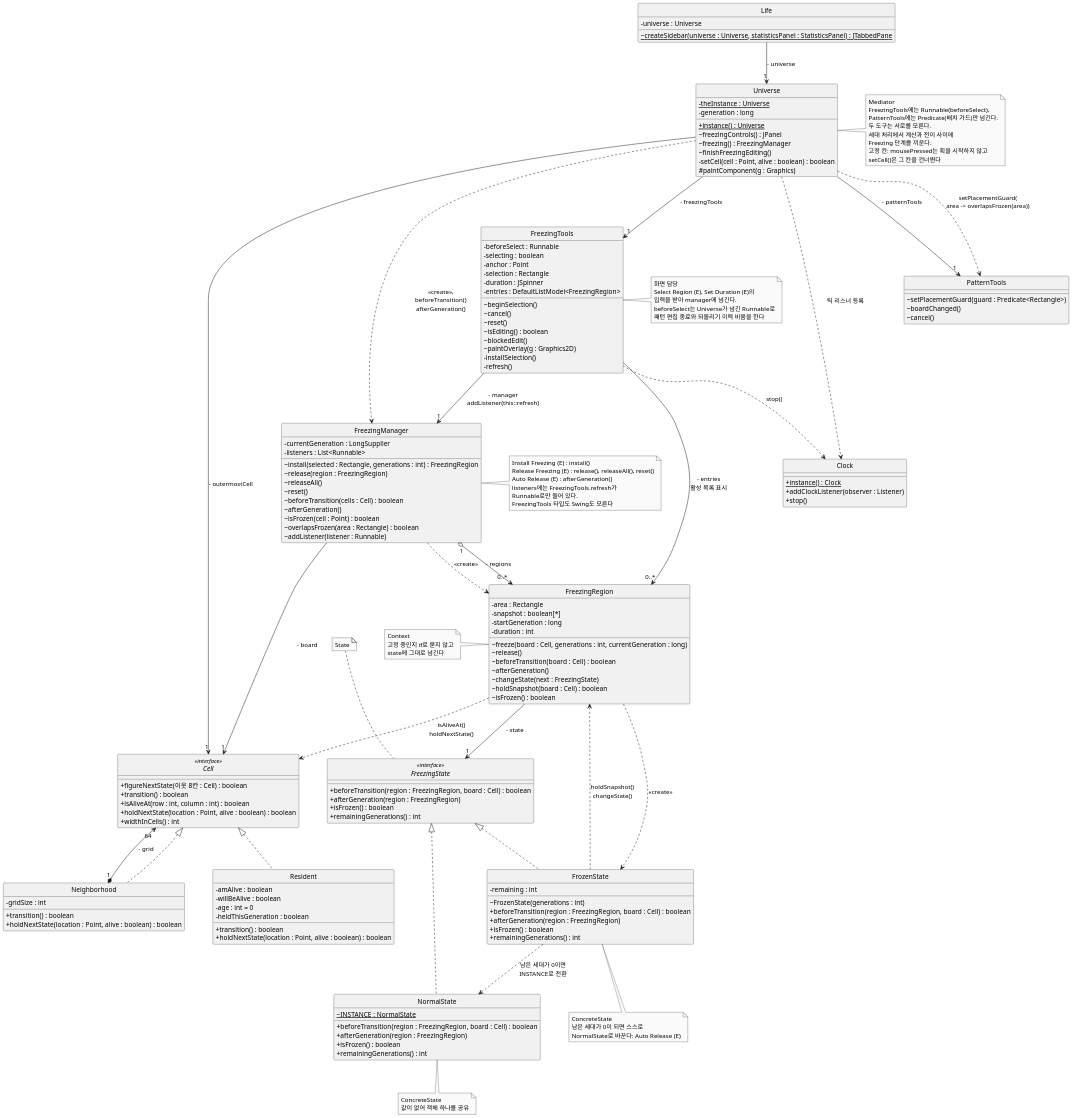
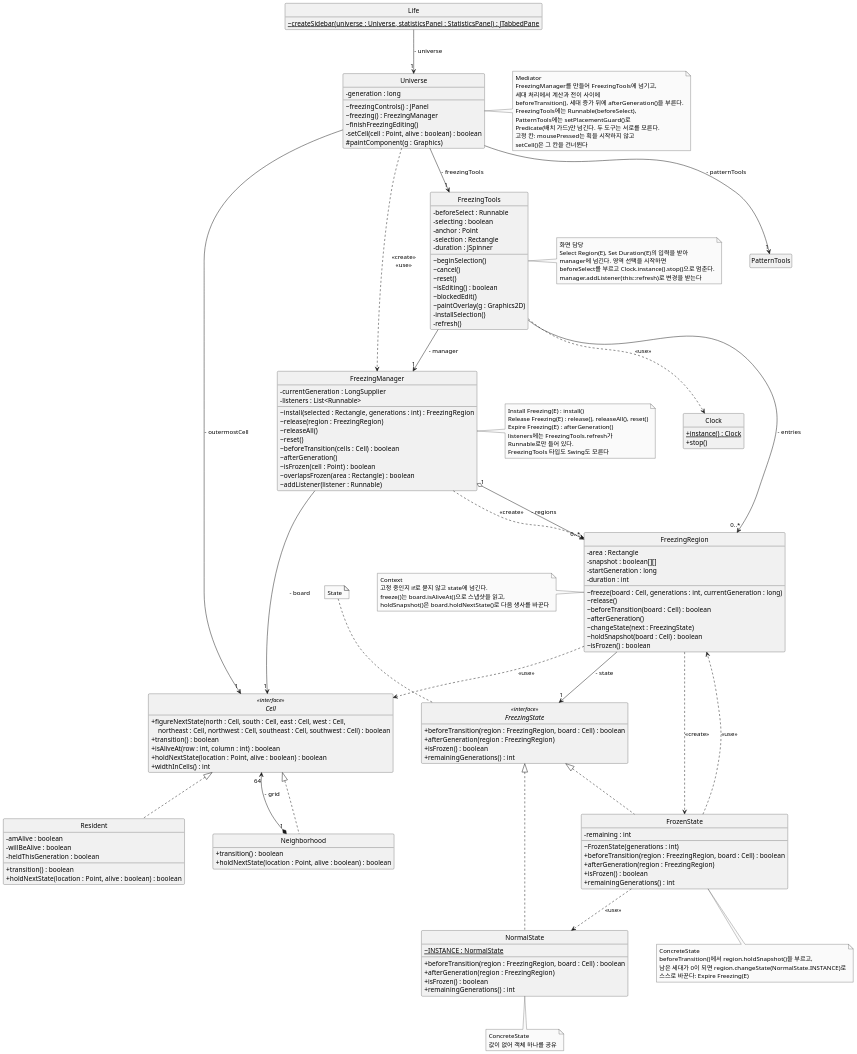
One commit to mckimR1972/DP_team_project changed the diagram in docs/freezing/diagram/class-freezing.puml. Above: the diagram before and after it, drawn with PlantUML. The commit also changed 16 other files, not shown here.

First line of the commit message:
docs: 다이어그램 표기 통일안에 맞춤

```diff
--- a/docs/freezing/diagram/class-freezing.puml
+++ b/docs/freezing/diagram/class-freezing.puml
@@ -1,195 +1,186 @@
 @startuml class-freezing
 skinparam monochrome true
 skinparam dpi 150
 skinparam shadowing false
 skinparam defaultFontName "Malgun Gothic"
 skinparam classAttributeIconSize 0
 hide circle
+hide empty members
 skinparam ranksep 70
 skinparam nodesep 60
 
 interface Cell <<interface>> {
-  + figureNextState(이웃 8칸 : Cell) : boolean
+  + figureNextState(north : Cell, south : Cell, east : Cell, west : Cell,\n    northeast : Cell, northwest : Cell, southeast : Cell, southwest : Cell) : boolean
   + transition() : boolean
   + isAliveAt(row : int, column : int) : boolean
   + holdNextState(location : Point, alive : boolean) : boolean
   + widthInCells() : int
 }
 
 class Neighborhood {
-  - gridSize : int
   + transition() : boolean
   + holdNextState(location : Point, alive : boolean) : boolean
 }
 
 class Resident {
   - amAlive : boolean
   - willBeAlive : boolean
-  - age : int = 0
   - heldThisGeneration : boolean
   + transition() : boolean
   + holdNextState(location : Point, alive : boolean) : boolean
 }
 
 class Universe {
-  - {static} theInstance : Universe
   - generation : long
-  + {static} instance() : Universe
   ~ freezingControls() : JPanel
   ~ freezing() : FreezingManager
   ~ finishFreezingEditing()
   - setCell(cell : Point, alive : boolean) : boolean
   # paintComponent(g : Graphics)
 }
 
 class Clock {
   + {static} instance() : Clock
-  + addClockListener(observer : Listener)
   + stop()
 }
 
 class Life {
-  - universe : Universe
   ~ {static} createSidebar(universe : Universe, statisticsPanel : StatisticsPanel) : JTabbedPane
 }
 
-class PatternTools {
-  ~ setPlacementGuard(guard : Predicate<Rectangle>)
-  ~ boardChanged()
-  ~ cancel()
-}
+class PatternTools
 
 class FreezingTools {
   - beforeSelect : Runnable
   - selecting : boolean
   - anchor : Point
   - selection : Rectangle
   - duration : JSpinner
-  - entries : DefaultListModel<FreezingRegion>
   ~ beginSelection()
   ~ cancel()
   ~ reset()
   ~ isEditing() : boolean
   ~ blockedEdit()
   ~ paintOverlay(g : Graphics2D)
   - installSelection()
   - refresh()
 }
 
 class FreezingManager {
   - currentGeneration : LongSupplier
   - listeners : List<Runnable>
   ~ install(selected : Rectangle, generations : int) : FreezingRegion
   ~ release(region : FreezingRegion)
   ~ releaseAll()
   ~ reset()
   ~ beforeTransition(cells : Cell) : boolean
   ~ afterGeneration()
   ~ isFrozen(cell : Point) : boolean
   ~ overlapsFrozen(area : Rectangle) : boolean
   ~ addListener(listener : Runnable)
 }
 
 class FreezingRegion {
   - area : Rectangle
-  - snapshot : boolean[*]
+  - snapshot : boolean[][]
   - startGeneration : long
   - duration : int
   ~ freeze(board : Cell, generations : int, currentGeneration : long)
   ~ release()
   ~ beforeTransition(board : Cell) : boolean
   ~ afterGeneration()
   ~ changeState(next : FreezingState)
   ~ holdSnapshot(board : Cell) : boolean
   ~ isFrozen() : boolean
 }
 
 interface FreezingState <<interface>> {
   + beforeTransition(region : FreezingRegion, board : Cell) : boolean
   + afterGeneration(region : FreezingRegion)
   + isFrozen() : boolean
   + remainingGenerations() : int
 }
 
 class NormalState {
   ~ {static} INSTANCE : NormalState
   + beforeTransition(region : FreezingRegion, board : Cell) : boolean
   + afterGeneration(region : FreezingRegion)
   + isFrozen() : boolean
   + remainingGenerations() : int
 }
 
 class FrozenState {
   - remaining : int
   ~ FrozenState(generations : int)
   + beforeTransition(region : FreezingRegion, board : Cell) : boolean
   + afterGeneration(region : FreezingRegion)
   + isFrozen() : boolean
   + remainingGenerations() : int
 }
 
 Cell <|.. Neighborhood
 Cell <|.. Resident
 Neighborhood "1" *-up-> "64" Cell : - grid
 
 Life --> "1" Universe : - universe
 Universe --> "1" Cell : - outermostCell
 Universe --> "1" FreezingTools : - freezingTools
 Universe --> "1" PatternTools : - patternTools
-Universe ..> Clock : 틱 리스너 등록
-Universe ..> FreezingManager : <<create>>,\nbeforeTransition()\nafterGeneration()
-Universe ..> PatternTools : setPlacementGuard(\narea -> overlapsFrozen(area))
+Universe ..> FreezingManager : <<create>>\n<<use>>
 
-FreezingTools --> "1" FreezingManager : - manager\naddListener(this::refresh)
-FreezingTools --> "0..*" FreezingRegion : - entries\n활성 목록 표시
-FreezingTools ..> Clock : stop()
+FreezingTools --> "1" FreezingManager : - manager
+FreezingTools --> "0..*" FreezingRegion : - entries
+FreezingTools ..> Clock : <<use>>
 FreezingManager "1" o--> "0..*" FreezingRegion : - regions
 FreezingManager ..> FreezingRegion : <<create>>
 FreezingManager --> "1" Cell : - board
 
 FreezingRegion --> "1" FreezingState : - state
-FreezingRegion ..> Cell : isAliveAt()\nholdNextState()
+FreezingRegion ..> Cell : <<use>>
 FreezingRegion ..> FrozenState : <<create>>
 FreezingState <|.. NormalState
 FreezingState <|.. FrozenState
-FrozenState ..> FreezingRegion : holdSnapshot()\nchangeState()
-FrozenState ..> NormalState : 남은 세대가 0이면\nINSTANCE로 전환
+FrozenState ..> FreezingRegion : <<use>>
+FrozenState ..> NormalState : <<use>>
 
 note top of FreezingState : State
 note bottom of NormalState : ConcreteState\n값이 없어 객체 하나를 공유
 note bottom of FrozenState
   ConcreteState
-  남은 세대가 0이 되면 스스로
-  NormalState로 바꾼다: Auto Release (E)
+  beforeTransition()에서 region.holdSnapshot()을 부르고,
+  남은 세대가 0이 되면 region.changeState(NormalState.INSTANCE)로
+  스스로 바꾼다: Expire Freezing(E)
 end note
 note left of FreezingRegion
   Context
-  고정 중인지 if로 묻지 않고
-  state에 그대로 넘긴다
+  고정 중인지 if로 묻지 않고 state에 넘긴다.
+  freeze()는 board.isAliveAt()으로 스냅샷을 읽고,
+  holdSnapshot()은 board.holdNextState()로 다음 생사를 바꾼다
 end note
 note right of FreezingTools
   화면 담당
-  Select Region (E), Set Duration (E)의
-  입력을 받아 manager에 넘긴다.
-  beforeSelect는 Universe가 넘긴 Runnable로
-  패턴 편집 종료와 되돌리기 이력 비움을 한다
+  Select Region(E), Set Duration(E)의 입력을 받아
+  manager에 넘긴다. 영역 선택을 시작하면
+  beforeSelect를 부르고 Clock.instance().stop()으로 멈춘다.
+  manager.addListener(this::refresh)로 변경을 받는다
 end note
 note right of FreezingManager
-  Install Freezing (E) : install()
-  Release Freezing (E) : release(), releaseAll(), reset()
-  Auto Release (E) : afterGeneration()
+  Install Freezing(E) : install()
+  Release Freezing(E) : release(), releaseAll(), reset()
+  Expire Freezing(E) : afterGeneration()
   listeners에는 FreezingTools.refresh가
   Runnable로만 들어 있다.
   FreezingTools 타입도 Swing도 모른다
 end note
 note right of Universe
   Mediator
+  FreezingManager를 만들어 FreezingTools에 넘기고,
+  세대 처리에서 계산과 전이 사이에
+  beforeTransition(), 세대 증가 뒤에 afterGeneration()을 부른다.
   FreezingTools에는 Runnable(beforeSelect),
-  PatternTools에는 Predicate(배치 가드)만 넘긴다.
-  두 도구는 서로를 모른다.
-  세대 처리에서 계산과 전이 사이에
-  Freezing 단계를 끼운다.
+  PatternTools에는 setPlacementGuard()로
+  Predicate(배치 가드)만 넘긴다. 두 도구는 서로를 모른다.
   고정 칸: mousePressed는 획을 시작하지 않고
   setCell()은 그 칸을 건너뛴다
 end note
 @enduml
```
